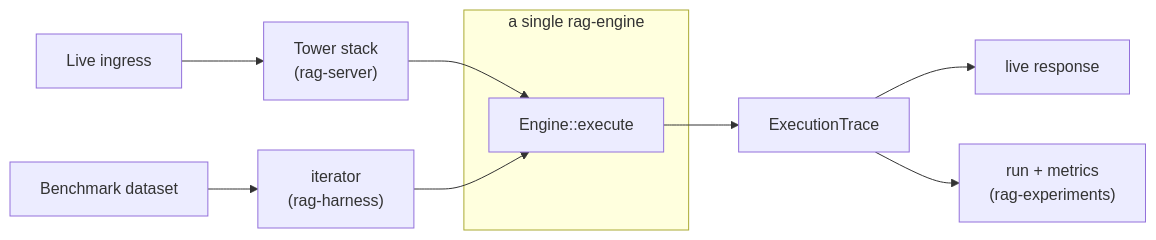
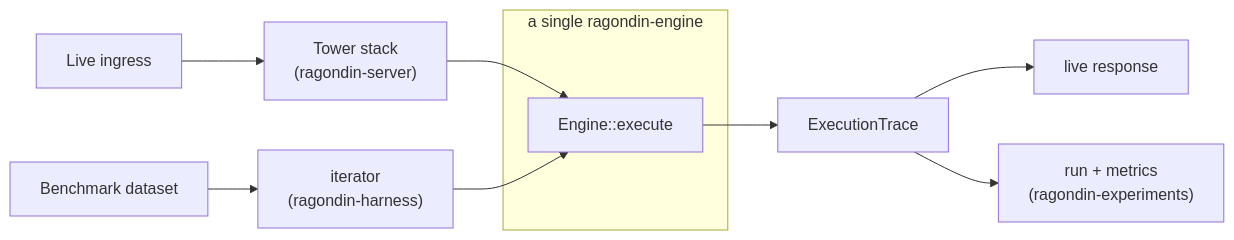
The third of 3 diagrams in docs/code-architecture.md (genesary/Ragondin), drawn with Mermaid before and after one commit. The commit also changed other lines of this file and 100 other files, not shown here.

````diff
--- a/docs/code-architecture.md
+++ b/docs/code-architecture.md
@@ -455,11 +455,11 @@
 ```mermaid
 flowchart LR
-  subgraph ONE["a single rag-engine"]
+  subgraph ONE["a single ragondin-engine"]
     ENG[Engine::execute]
   end
-  ING[Live ingress] --> TW["Tower stack<br/>(rag-server)"] --> ENG
-  DS[Benchmark dataset] --> IT["iterator<br/>(rag-harness)"] --> ENG
+  ING[Live ingress] --> TW["Tower stack<br/>(ragondin-server)"] --> ENG
+  DS[Benchmark dataset] --> IT["iterator<br/>(ragondin-harness)"] --> ENG
   ENG --> TR[ExecutionTrace]
   TR --> RESP[live response]
-  TR --> RUN["run + metrics<br/>(rag-experiments)"]
+  TR --> RUN["run + metrics<br/>(ragondin-experiments)"]
 ```
````
